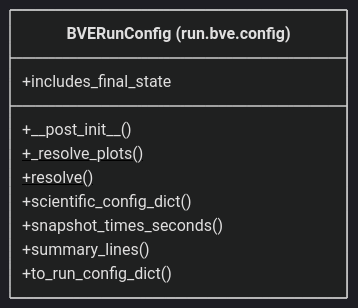
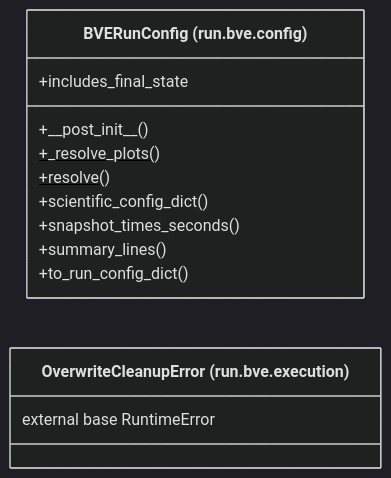
The diagram in docs/architecture/current/classes/tropoi.run.bve.mmd (AlexandreEros/Palintropos), drawn with Mermaid (dark theme) before and after one commit. The commit also changed 192 other files, not shown here.

```diff
--- a/docs/architecture/current/classes/tropoi.run.bve.mmd
+++ b/docs/architecture/current/classes/tropoi.run.bve.mmd
@@ -1,13 +1,15 @@
 %% Generated by tools.architecture 1.0.0. Do not edit by hand.
 %% All classes defined in package tropoi.run.bve.
 classDiagram
     direction LR
     class c_tropoi_orun_obve_oconfig_oBVERunConfig["BVERunConfig (run.bve.config)"]
     c_tropoi_orun_obve_oconfig_oBVERunConfig : +#95;#95;post#95;init#95;#95;()
     c_tropoi_orun_obve_oconfig_oBVERunConfig : +#95;resolve#95;plots()$
     c_tropoi_orun_obve_oconfig_oBVERunConfig : +includes#95;final#95;state
     c_tropoi_orun_obve_oconfig_oBVERunConfig : +resolve()$
     c_tropoi_orun_obve_oconfig_oBVERunConfig : +scientific#95;config#95;dict()
     c_tropoi_orun_obve_oconfig_oBVERunConfig : +snapshot#95;times#95;seconds()
     c_tropoi_orun_obve_oconfig_oBVERunConfig : +summary#95;lines()
     c_tropoi_orun_obve_oconfig_oBVERunConfig : +to#95;run#95;config#95;dict()
+    class c_tropoi_orun_obve_oexecution_oOverwriteCleanupError["OverwriteCleanupError (run.bve.execution)"]
+    c_tropoi_orun_obve_oexecution_oOverwriteCleanupError : external base RuntimeError
```
